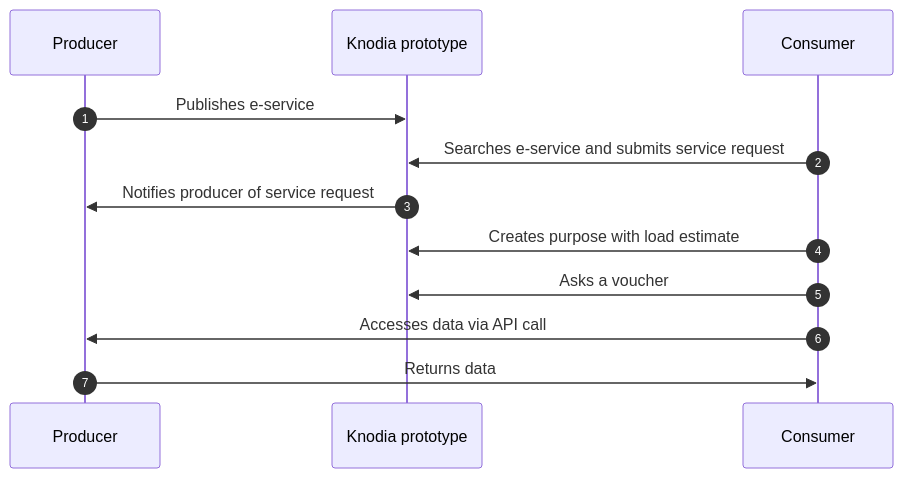
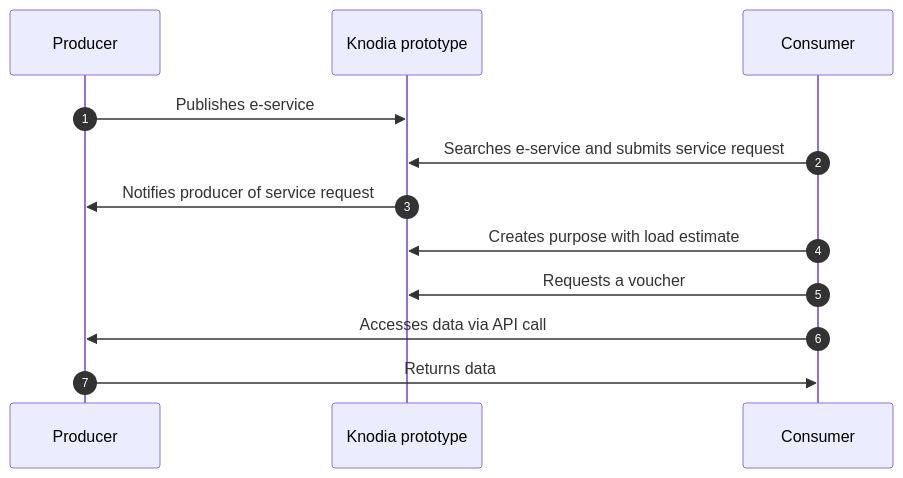
One commit to pagopa/knodia-docs-input changed the diagram in prototype-user-guide/getting-started/pages/03_how-it-works.md. Above: the diagram before and after it, drawn with Mermaid. The commit also changed other lines of this file and 32 other files, not shown here.

````diff
--- a/prototype-user-guide/getting-started/pages/03_how-it-works.md
+++ b/prototype-user-guide/getting-started/pages/03_how-it-works.md
@@ -33,19 +33,19 @@
 ```mermaid
 sequenceDiagram
     autonumber
 
     participant P as Producer
     participant N as Knodia prototype
     participant C as Consumer
 
     P->>N: Publishes e-service
 
     C->>N: Searches e-service and submits service request
     N->>P: Notifies producer of service request
 
     C->>N: Creates purpose with load estimate
 
-    C->>N: Asks a voucher
+    C->>N: Requests a voucher
     C->>P: Accesses data via API call
     P->>C: Returns data
 ```
````
